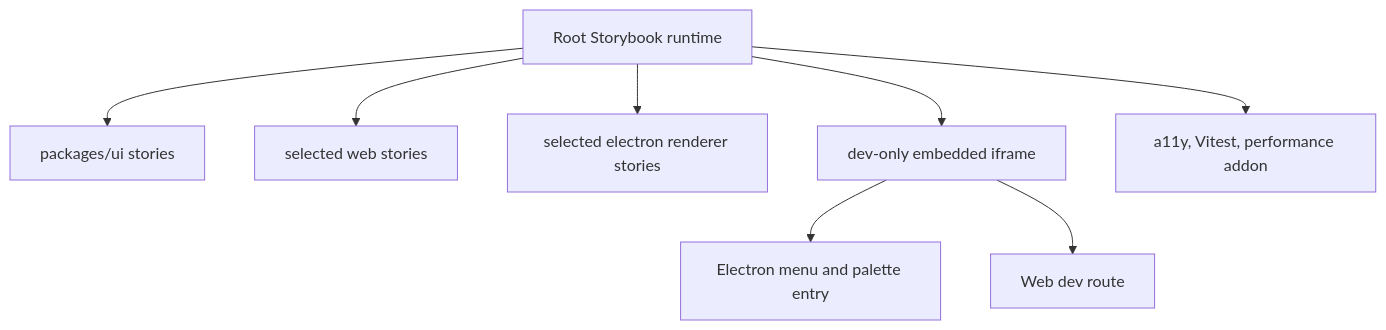
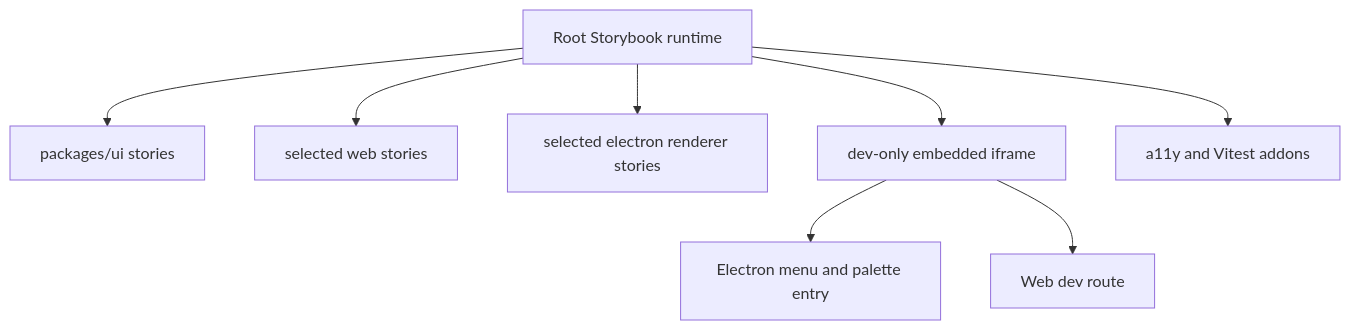
Before and after one commit to crs48/xNet: the first of 4 diagrams in docs/explorations/0107_[_]_STORYBOOK_PERFORMANCE_PANEL_AND_ELECTRON_IDE_WORKSHOP.md, drawn with Mermaid. The commit also changed other lines of this file and 4 other files, not shown here.

````diff
--- a/docs/explorations/0107_[_]_STORYBOOK_PERFORMANCE_PANEL_AND_ELECTRON_IDE_WORKSHOP.md
+++ b/docs/explorations/0107_[_]_STORYBOOK_PERFORMANCE_PANEL_AND_ELECTRON_IDE_WORKSHOP.md
@@ -27,10 +27,10 @@
 ```mermaid
 flowchart TD
   A["Root Storybook runtime"] --> B["packages/ui stories"]
   A --> C["selected web stories"]
   A --> D["selected electron renderer stories"]
   A --> E["dev-only embedded iframe"]
   E --> F["Electron menu and palette entry"]
   E --> G["Web dev route"]
-  A --> H["a11y, Vitest, performance addon"]
+  A --> H["a11y and Vitest addons"]
 ```
````
